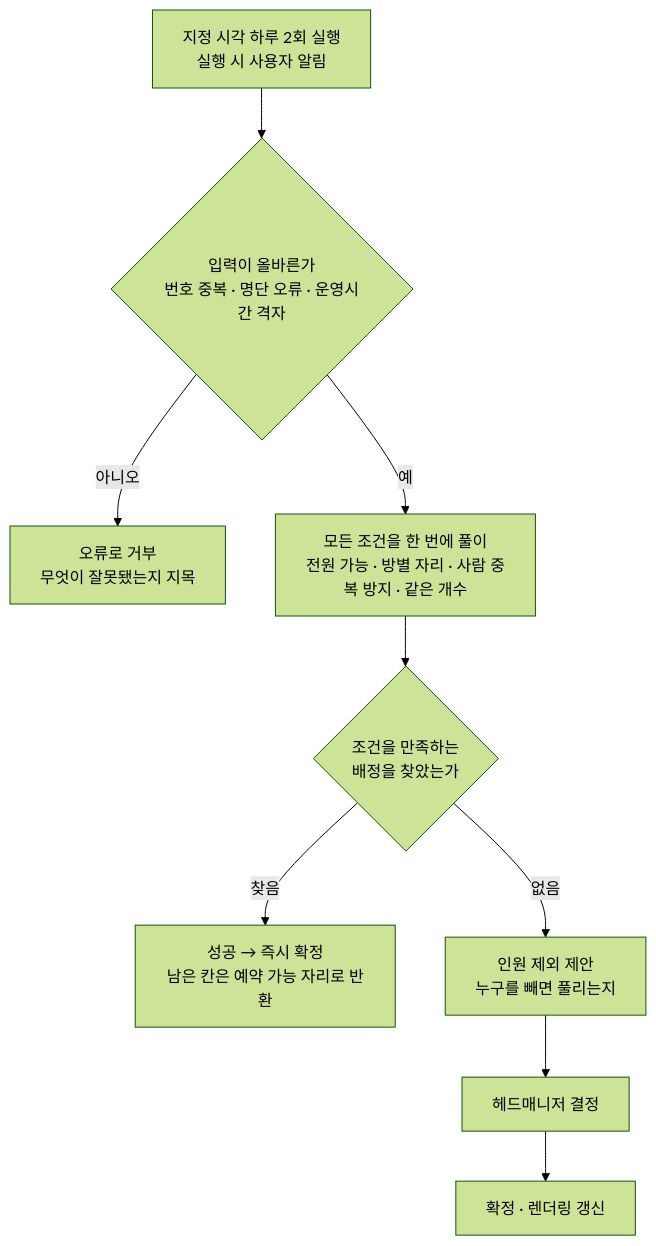
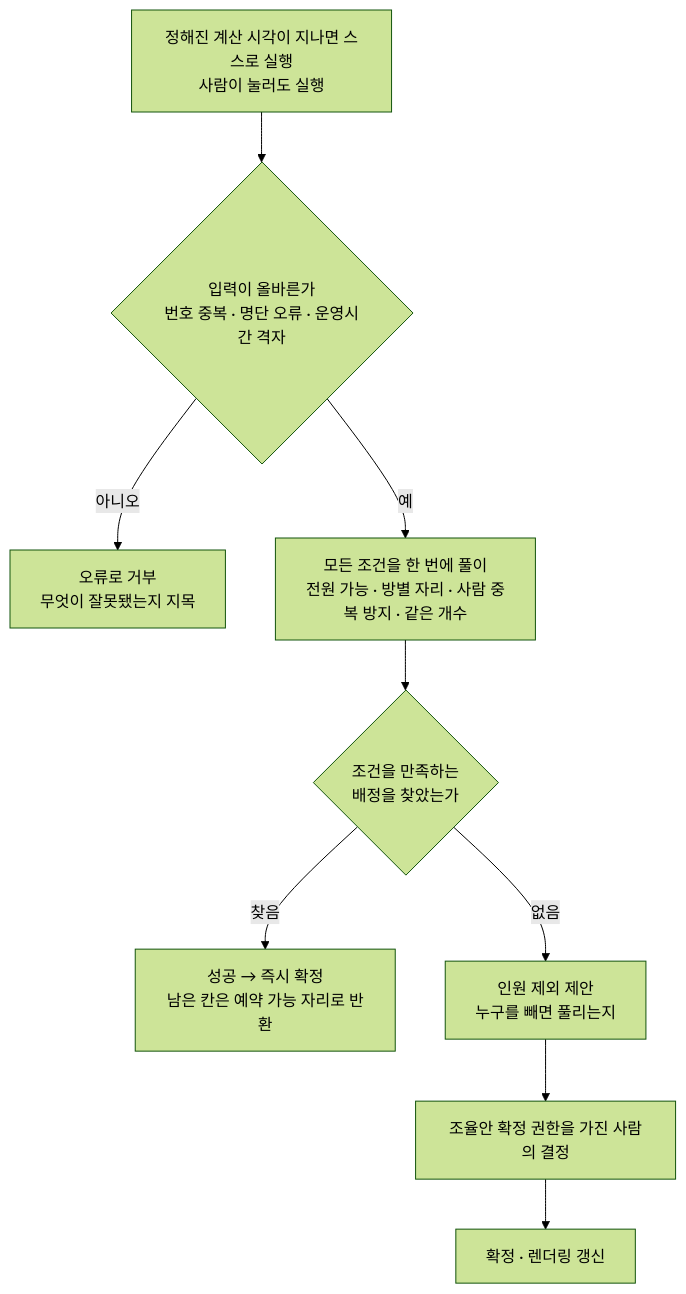
One commit to minkong-dev/Banblit changed the first of 3 diagrams in .cluedoc/auto-assignment/README.md. Above: the diagram before and after it, drawn with Mermaid (forest theme). The commit also changed other lines of this file and 11 other files, not shown here.

````diff
--- a/.cluedoc/auto-assignment/README.md
+++ b/.cluedoc/auto-assignment/README.md
@@ -13,11 +26,11 @@
 ```mermaid
 flowchart TD
-    T[지정 시각 하루 2회 실행<br/>실행 시 사용자 알림] --> V{입력이 올바른가<br/>번호 중복 · 명단 오류 · 운영시간 격자}
+    T[정해진 계산 시각이 지나면 스스로 실행<br/>사람이 눌러도 실행] --> V{입력이 올바른가<br/>번호 중복 · 명단 오류 · 운영시간 격자}
     V -->|아니오| E[오류로 거부<br/>무엇이 잘못됐는지 지목]
     V -->|예| S[모든 조건을 한 번에 풀이<br/>전원 가능 · 방별 자리 · 사람 중복 방지 · 같은 개수]
     S --> Q{조건을 만족하는<br/>배정을 찾았는가}
     Q -->|찾음| OK[성공 → 즉시 확정<br/>남은 칸은 예약 가능 자리로 반환]
     Q -->|없음| P[인원 제외 제안<br/>누구를 빼면 풀리는지]
-    P --> H[헤드매니저 결정]
+    P --> H[조율안 확정 권한을 가진 사람의 결정]
     H --> C[확정 · 렌더링 갱신]
 ```
````
